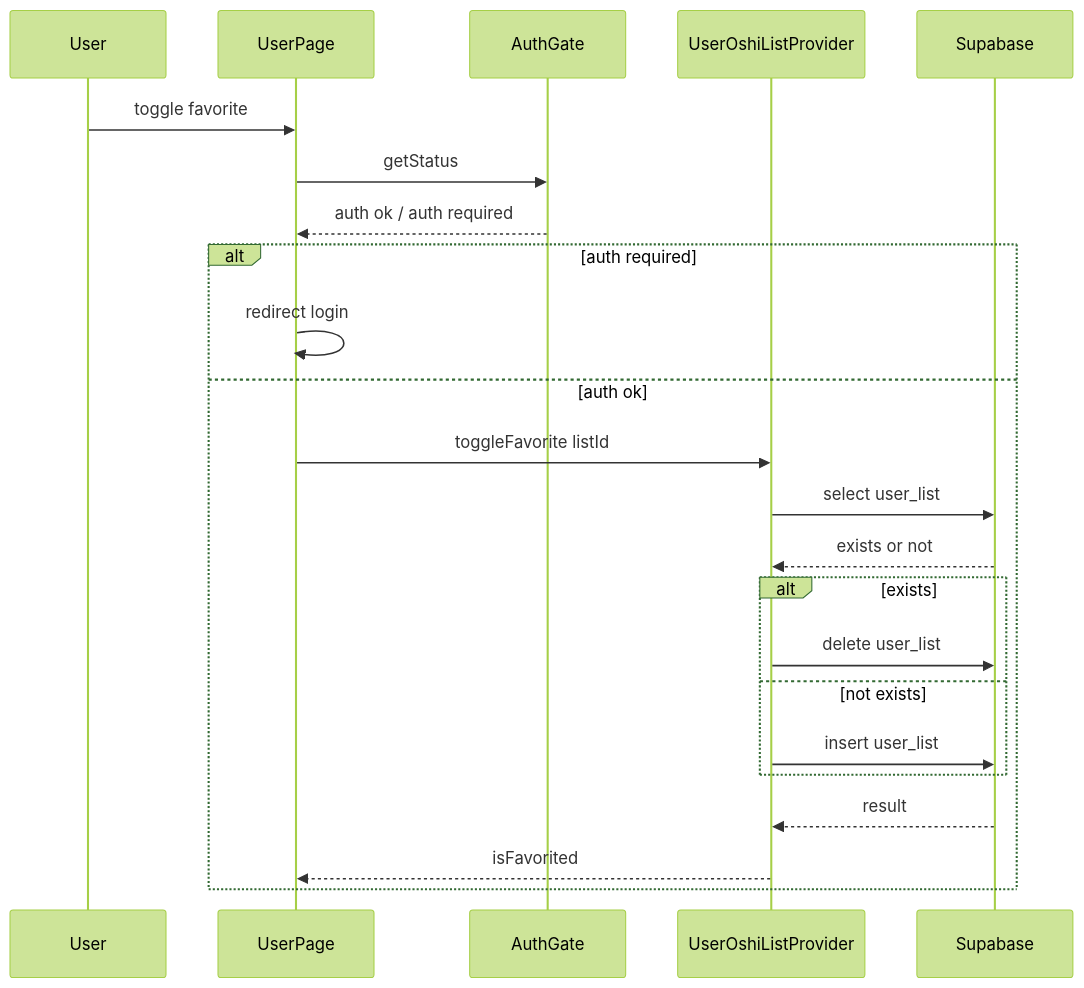
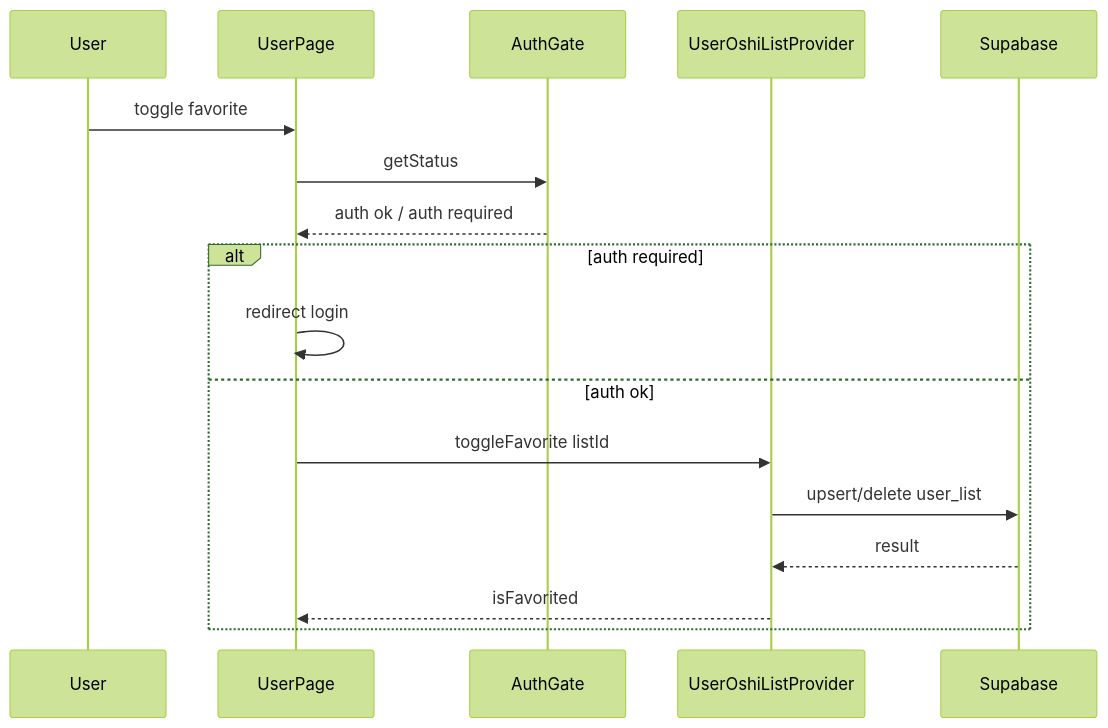
The third of 4 diagrams in .kiro/specs/user-page-info-links/design.md (arinko39140/mangadouga), drawn with Mermaid (forest theme) before and after one commit. The commit also changed other lines of this file, not shown here.

Commit message:
Clarify user page link rules and list status

````diff
--- a/.kiro/specs/user-page-info-links/design.md
+++ b/.kiro/specs/user-page-info-links/design.md
@@ -152,25 +152,19 @@
 ```mermaid
 sequenceDiagram
   participant User
   participant UserPage
   participant AuthGate
   participant UserOshiListProvider
   participant Supabase
   User ->> UserPage: toggle favorite
   UserPage ->> AuthGate: getStatus
   AuthGate -->> UserPage: auth ok / auth required
   alt auth required
     UserPage ->> UserPage: redirect login
   else auth ok
     UserPage ->> UserOshiListProvider: toggleFavorite listId
-    UserOshiListProvider ->> Supabase: select user_list
-    Supabase -->> UserOshiListProvider: exists or not
-    alt exists
-      UserOshiListProvider ->> Supabase: delete user_list
-    else not exists
-      UserOshiListProvider ->> Supabase: insert user_list
-    end
+    UserOshiListProvider ->> Supabase: upsert/delete user_list
     Supabase -->> UserOshiListProvider: result
     UserOshiListProvider -->> UserPage: isFavorited
   end
 ```
````
